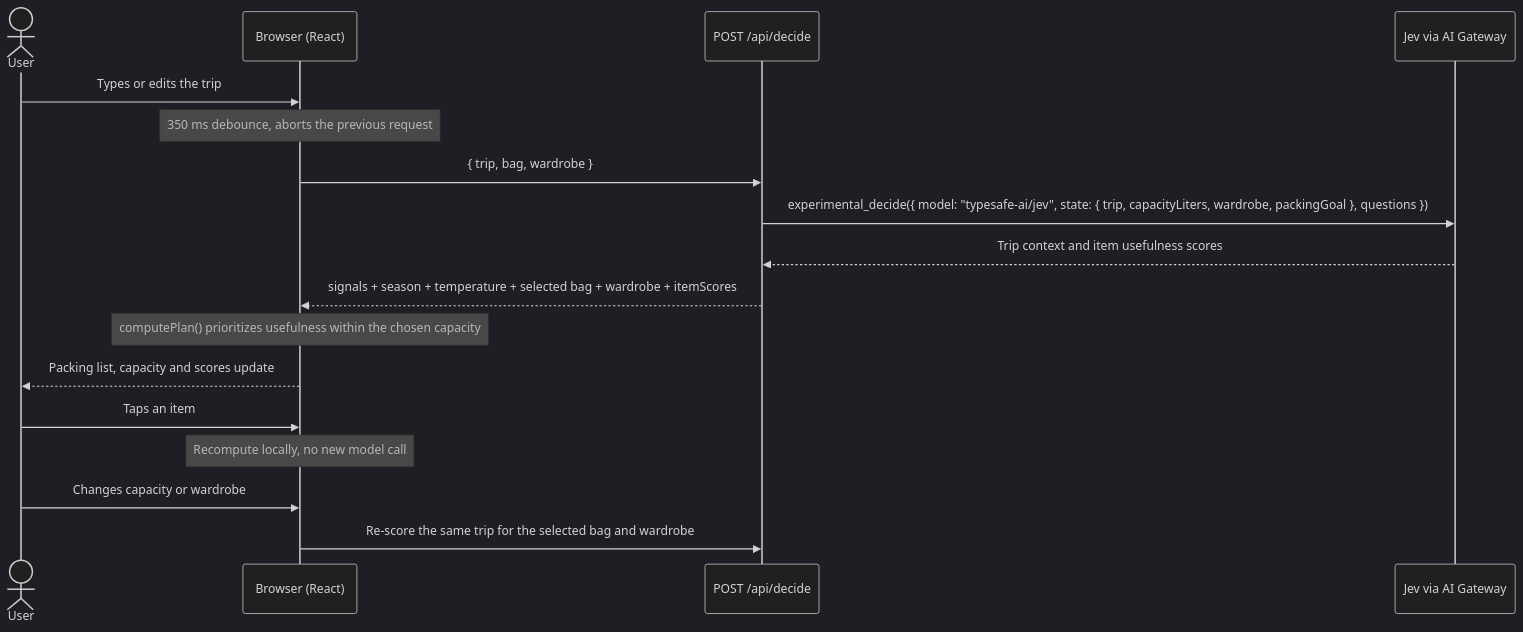
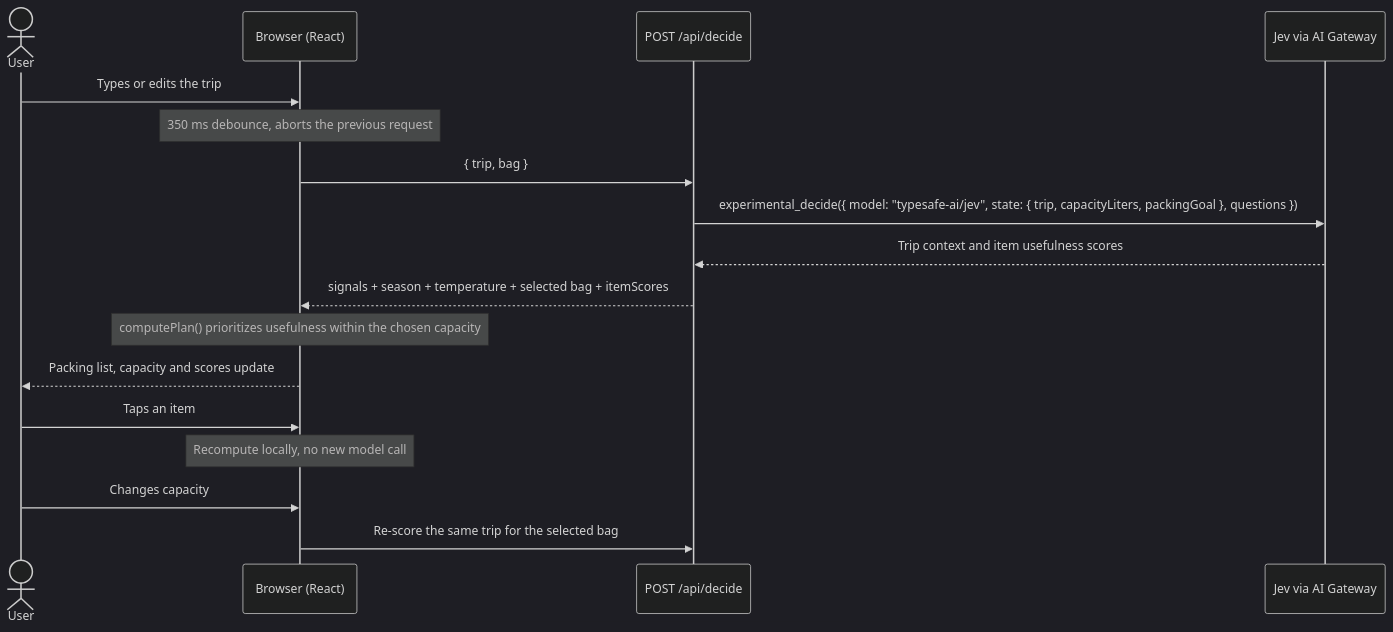
Before and after one commit to poacosta/smart-packing-demo-with-jev: the second of 3 diagrams in README.md, drawn with Mermaid (dark theme). The commit also changed other lines of this file and 16 other files, not shown here.

Commit message:
Expand the unisex wardrobe and refine trip scenarios

````diff
--- a/README.md
+++ b/README.md
@@ -67,20 +67,20 @@
 ```mermaid
 sequenceDiagram
     actor User
     participant UI as Browser (React)
     participant API as POST /api/decide
     participant Jev as Jev via AI Gateway
 
     User->>UI: Types or edits the trip
     Note over UI: 350 ms debounce, aborts the previous request
-    UI->>API: { trip, bag, wardrobe }
-    API->>Jev: experimental_decide({ model: "typesafe-ai/jev", state: { trip, capacityLiters, wardrobe, packingGoal }, questions })
+    UI->>API: { trip, bag }
+    API->>Jev: experimental_decide({ model: "typesafe-ai/jev", state: { trip, capacityLiters, packingGoal }, questions })
     Jev-->>API: Trip context and item usefulness scores
-    API-->>UI: signals + season + temperature + selected bag + wardrobe + itemScores
+    API-->>UI: signals + season + temperature + selected bag + itemScores
     Note over UI: computePlan() prioritizes usefulness within the chosen capacity
     UI-->>User: Packing list, capacity and scores update
     User->>UI: Taps an item
     Note over UI: Recompute locally, no new model call
-    User->>UI: Changes capacity or wardrobe
-    UI->>API: Re-score the same trip for the selected bag and wardrobe
+    User->>UI: Changes capacity
+    UI->>API: Re-score the same trip for the selected bag
 ```
````
